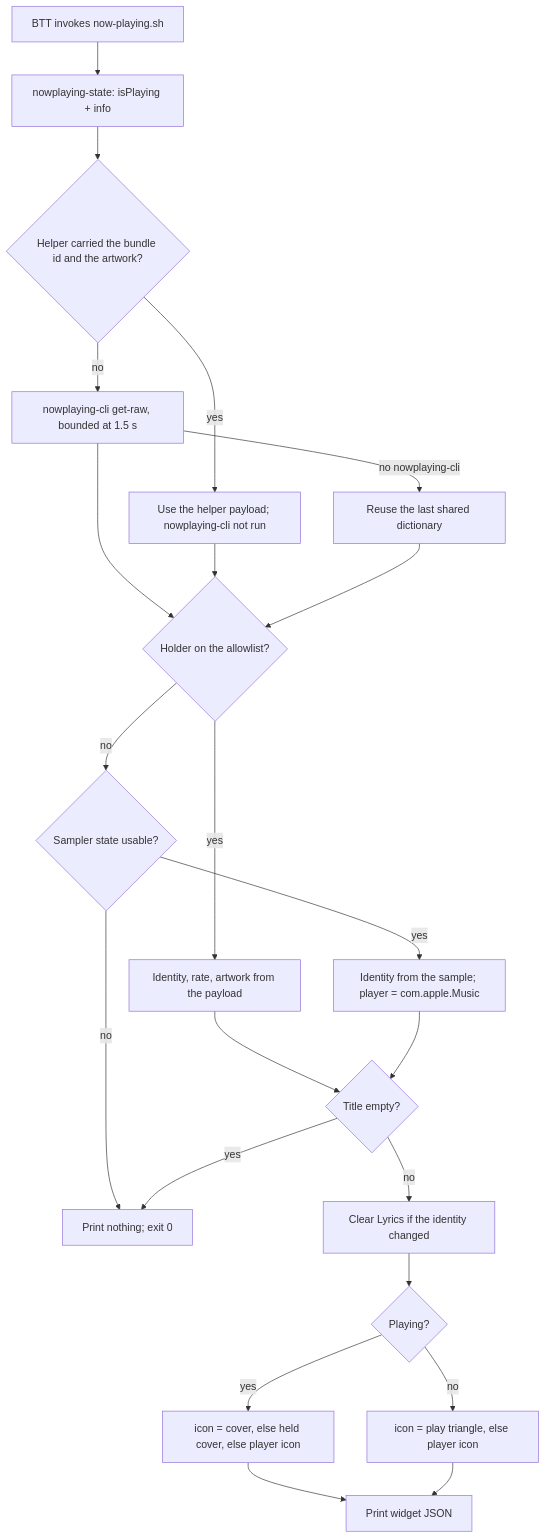
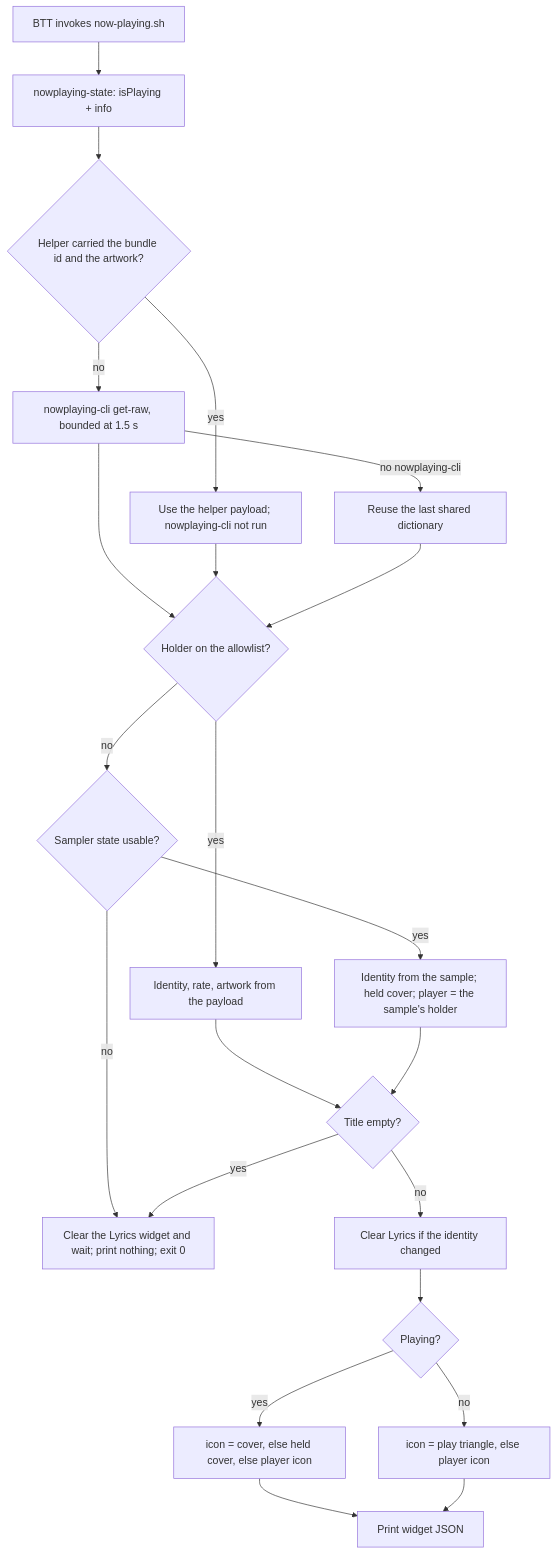
Before and after one commit to zhenyulin/AgenticTouchBar: the diagram in specs/design/NOW-PLAYING.md, drawn with Mermaid. The commit also changed other lines of this file and 13 other files, not shown here.

````diff
--- a/specs/design/NOW-PLAYING.md
+++ b/specs/design/NOW-PLAYING.md
@@ -92,24 +96,24 @@
 ```mermaid
 flowchart TD
     A["BTT invokes now-playing.sh"] --> B["nowplaying-state: isPlaying + info"]
     B --> B2{"Helper carried the bundle id and the artwork?"}
     B2 -->|yes| D["Use the helper payload; nowplaying-cli not run"]
     B2 -->|no| C["nowplaying-cli get-raw, bounded at 1.5 s"]
     C -->|"no nowplaying-cli"| D2["Reuse the last shared dictionary"]
     C --> E{"Holder on the allowlist?"}
     D --> E
     D2 --> E
     E -->|yes| F["Identity, rate, artwork from the payload"]
     E -->|no| G{"Sampler state usable?"}
-    G -->|no| H["Print nothing; exit 0"]
-    G -->|yes| I["Identity from the sample; player = com.apple.Music"]
+    G -->|no| H["Clear the Lyrics widget and wait; print nothing; exit 0"]
+    G -->|yes| I["Identity from the sample; held cover; player = the sample's holder"]
     F --> J{"Title empty?"}
     I --> J
     J -->|yes| H
     J -->|no| K["Clear Lyrics if the identity changed"]
     K --> L{"Playing?"}
     L -->|yes| M["icon = cover, else held cover, else player icon"]
     L -->|no| N["icon = play triangle, else player icon"]
     M --> O["Print widget JSON"]
     N --> O
 ```
````
